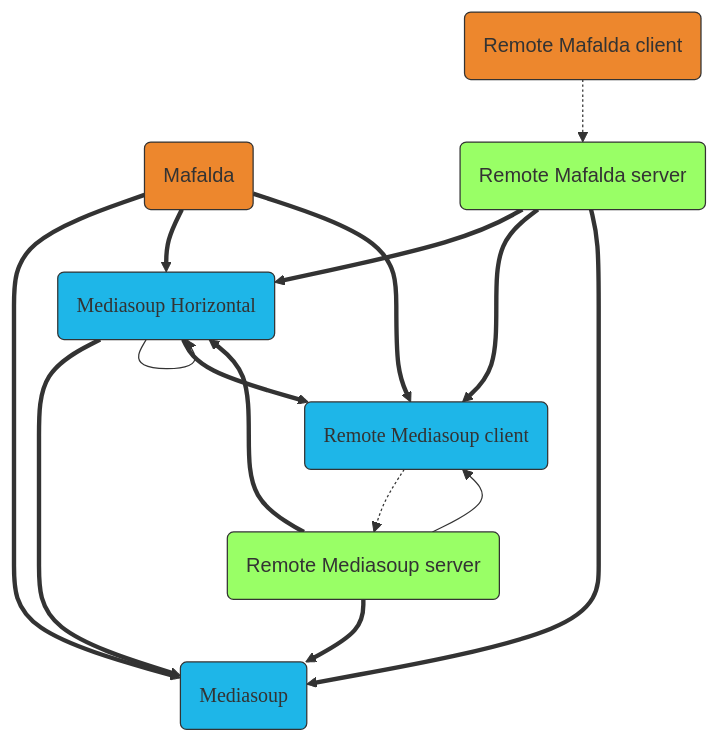
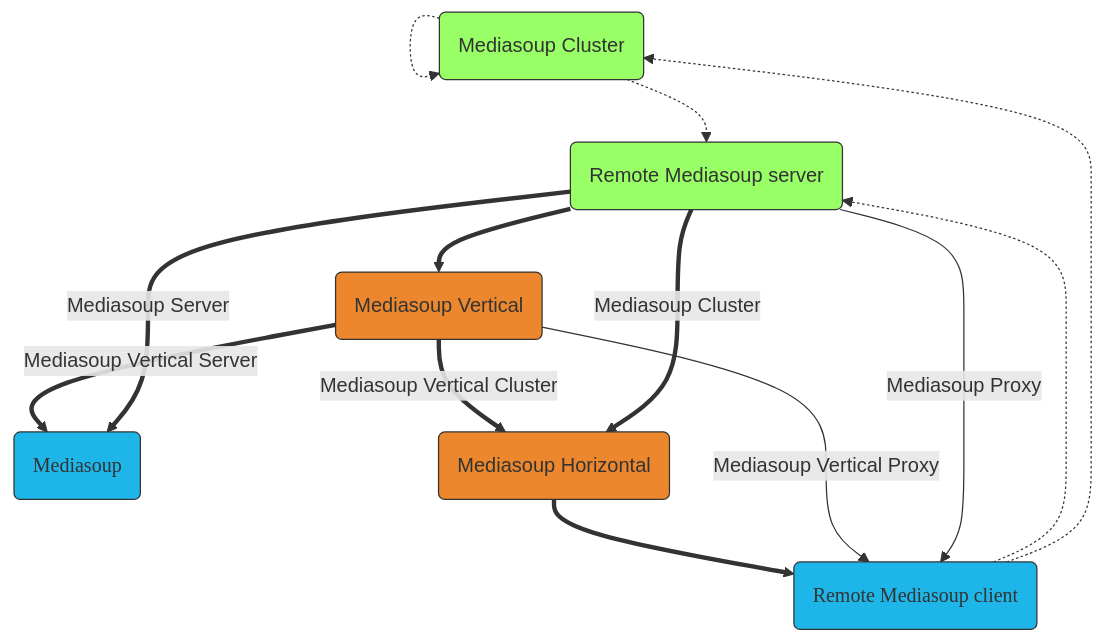
The diagram in docs/_pages/projects.md (Mafalda-SFU/Mafalda-SFU.github.io), drawn with Mermaid before and after one commit. The commit also changed other lines of this file and 2 other files, not shown here.

Commit message:
Improved docs

````diff
--- a/docs/_pages/projects.md
+++ b/docs/_pages/projects.md
@@ -10,48 +10,41 @@
 ```mermaid
 graph TD
   mediasoup(Mediasoup)
+  mediasoupCluster(Mediasoup Cluster)
   mediasoupHorizontal(Mediasoup Horizontal)
+  mediasoupVertical(Mediasoup Vertical)
   remoteMediasoupClient(Remote Mediasoup client)
   remoteMediasoupServer(Remote Mediasoup server)
 
-  mafalda(Mafalda)
-  remoteMafaldaClient(Remote Mafalda client)
-  remoteMafaldaServer(Remote Mafalda server)
+  mediasoupCluster -.-> mediasoupCluster
+  mediasoupCluster -.-> remoteMediasoupServer
+
+  mediasoupHorizontal ==> remoteMediasoupClient
+
+  mediasoupVertical ==Mediasoup Vertical Server ==> mediasoup
+  mediasoupVertical ==Mediasoup Vertical Cluster==> mediasoupHorizontal
+  mediasoupVertical --Mediasoup Vertical Proxy  --> remoteMediasoupClient
 
   remoteMediasoupClient -.-> remoteMediasoupServer
+  remoteMediasoupClient -.-> mediasoupCluster
 
-  remoteMediasoupServer ==> mediasoup
-  remoteMediasoupServer ==> mediasoupHorizontal
-  remoteMediasoupServer --> remoteMediasoupClient
-
-  mediasoupHorizontal ==> mediasoup
-  mediasoupHorizontal --> mediasoupHorizontal
-  mediasoupHorizontal ==> remoteMediasoupClient
-
-  mafalda ==> mediasoup
-  mafalda ==> mediasoupHorizontal
-  mafalda ==> remoteMediasoupClient
-
-  remoteMafaldaClient -.-> remoteMafaldaServer
-
-  remoteMafaldaServer ==> mediasoupHorizontal
-  remoteMafaldaServer ==> remoteMediasoupClient
-  %% remoteMafaldaServer ==> remoteMediasoupServer
-  remoteMafaldaServer ==> mediasoup
+  remoteMediasoupServer ==Mediasoup Server ==> mediasoup
+  remoteMediasoupServer ==Mediasoup Cluster==> mediasoupHorizontal
+  remoteMediasoupServer                    ==> mediasoupVertical
+  remoteMediasoupServer --Mediasoup Proxy  --> remoteMediasoupClient
 
   classDef mafaldaApi         fill:#ED872D,stroke:#333
   classDef mediasoupAPI       fill:#1eb6e8,stroke:#333,font-family:PoiretOne
   classDef remoteMediasoupAPI fill:#9f6,stroke:#333
 
-  class mediasoup,mediasoupHorizontal,remoteMediasoupClient mediasoupAPI
-  class mafalda,remoteMafaldaClient mafaldaApi
-  class remoteMafaldaServer,remoteMediasoupServer remoteMediasoupAPI
+  class mediasoup,remoteMediasoupClient mediasoupAPI
+  class mediasoupHorizontal,mediasoupVertical mafaldaApi
+  class mediasoupCluster,remoteMediasoupServer remoteMediasoupAPI
 
   click mediasoup "https://mediasoup.org/"
+  click mediasoupCluster "/Mediasoup-cluster"
   click mediasoupHorizontal "/Mediasoup-horizontal"
+  click mediasoupVertical "/Mediasoup-vertical"
   click remoteMediasoupClient "/Remote-Mediasoup-client"
   click remoteMediasoupServer "/Remote-Mediasoup-server"
-  click mafalda "/Mafalda"
-  click remoteMafaldaClient "/Remote-Mafalda-client"
-  click remoteMafaldaServer "/Remote-Mafalda-server"
 ```
````
